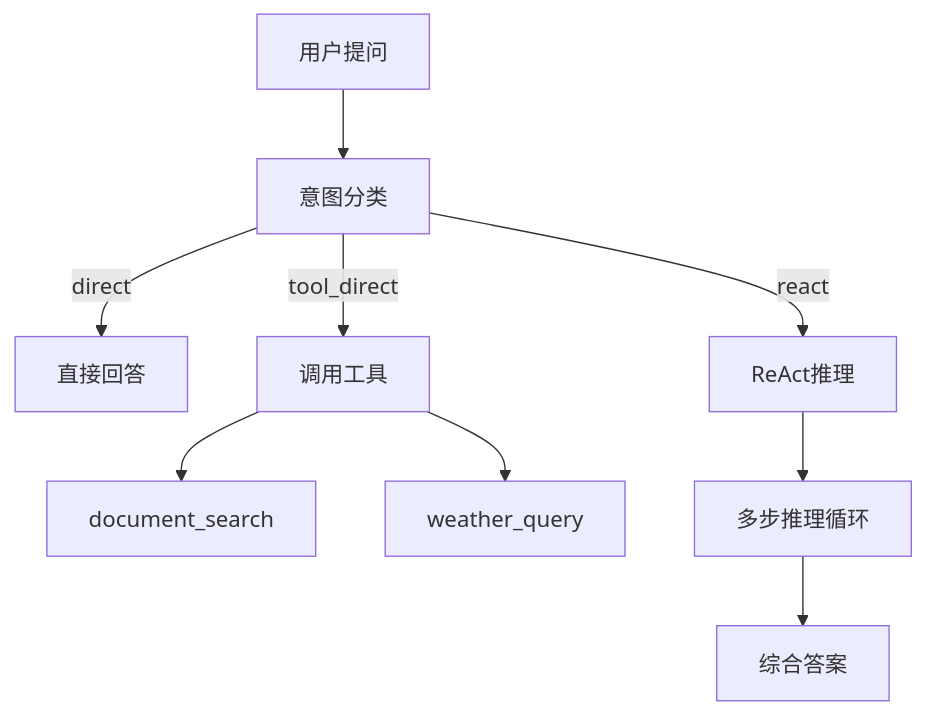
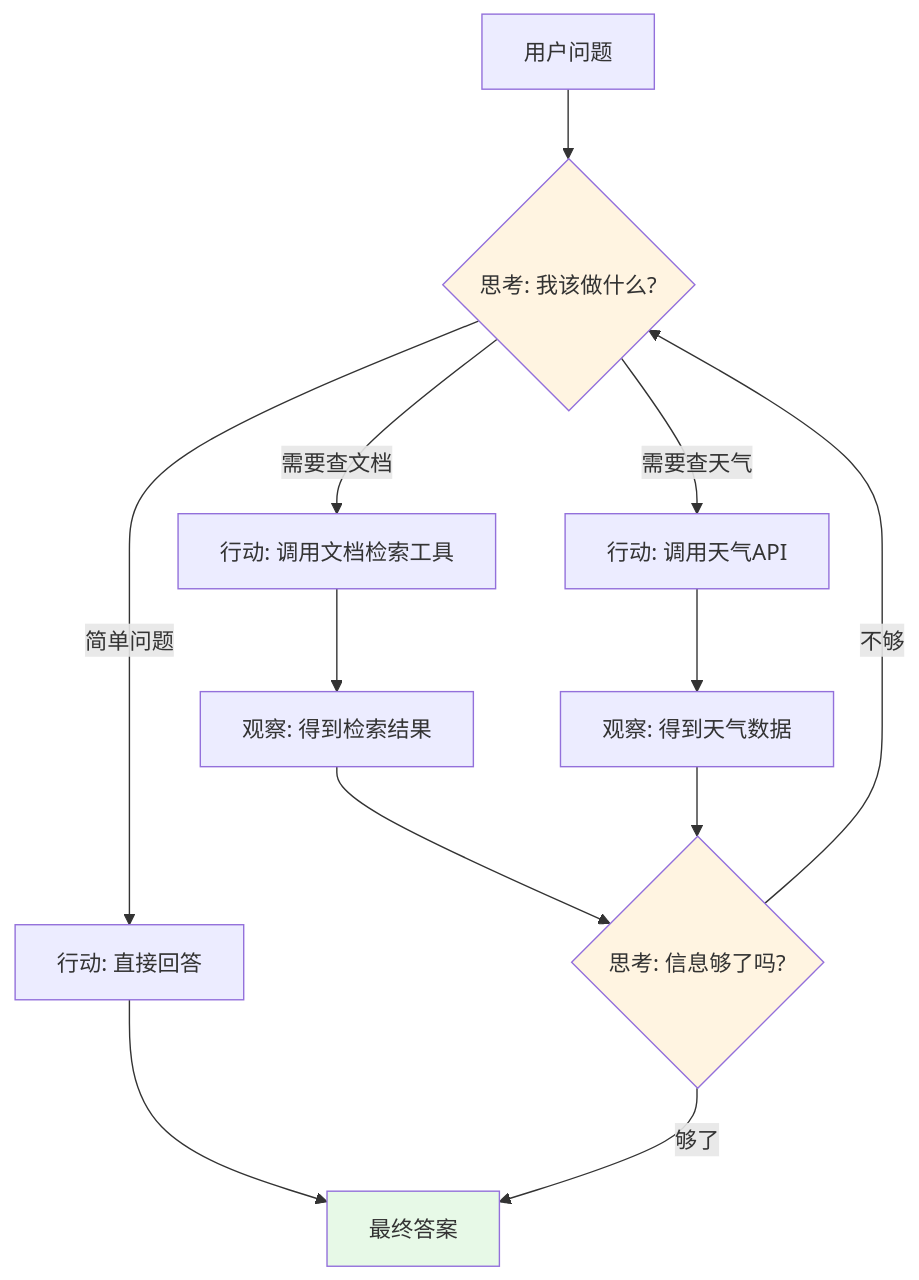
The diagram in docs/07-Agentic-RAG核心-ReAct智能代理的完整实现.md (fwytech/smart-qa-application), drawn with Mermaid before and after one commit. The commit also changed other lines of this file and 2 other files, not shown here.

````diff
--- a/docs/07-Agentic-RAG核心-ReAct智能代理的完整实现.md
+++ b/docs/07-Agentic-RAG核心-ReAct智能代理的完整实现.md
@@ -7,11 +46,21 @@
 ```mermaid
 graph TD
-    A[用户提问] --> B[意图分类]
-    B -->|direct| C[直接回答]
-    B -->|tool_direct| D[调用工具]
-    B -->|react| E[ReAct推理]
-    D --> F[document_search]
-    D --> G[weather_query]
-    E --> H[多步推理循环]
-    H --> I[综合答案]
+    A[用户问题] --> B{思考: 我该做什么?}
+    B -->|需要查文档| C[行动: 调用文档检索工具]
+    B -->|需要查天气| D[行动: 调用天气API]
+    B -->|简单问题| E[行动: 直接回答]
+
+    C --> F[观察: 得到检索结果]
+    D --> G[观察: 得到天气数据]
+
+    F --> H{思考: 信息够了吗?}
+    G --> H
+    E --> I[最终答案]
+
+    H -->|不够| B
+    H -->|够了| I
+
+    style B fill:#fff4e1
+    style H fill:#fff4e1
+    style I fill:#e7f9e7
 ```
````
